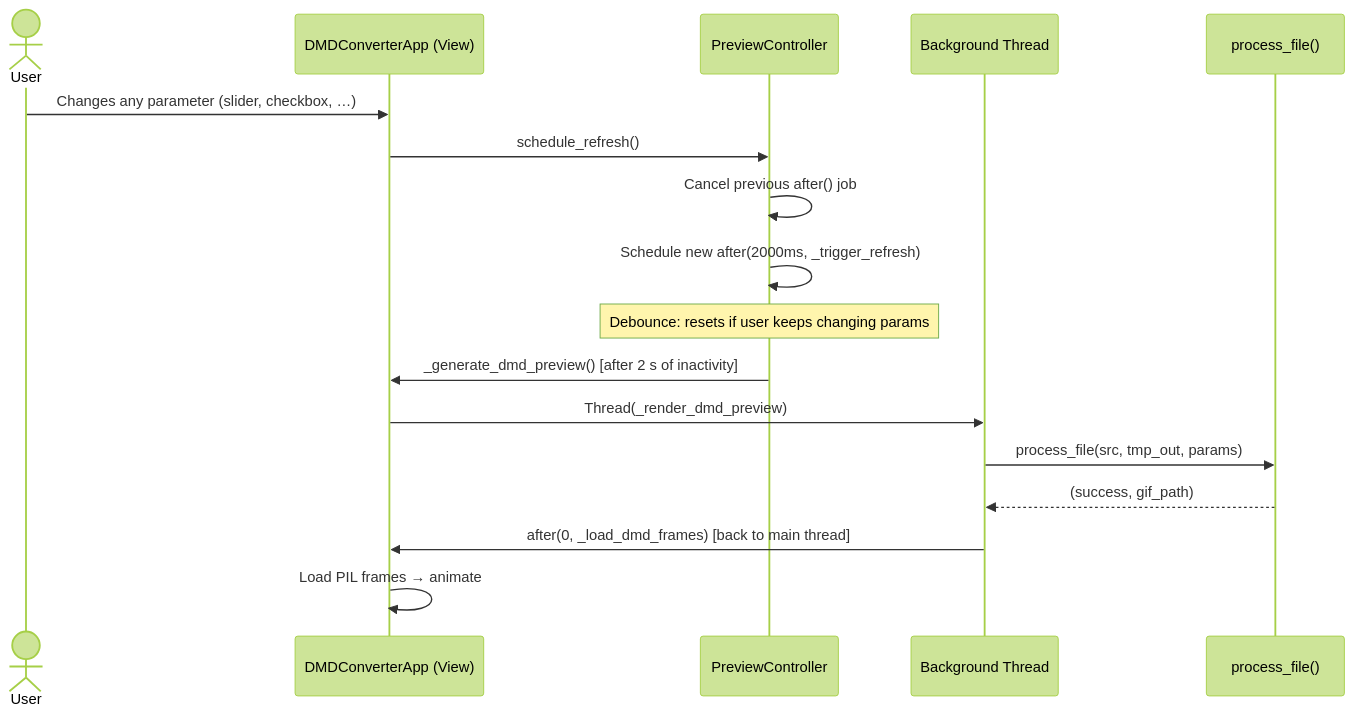
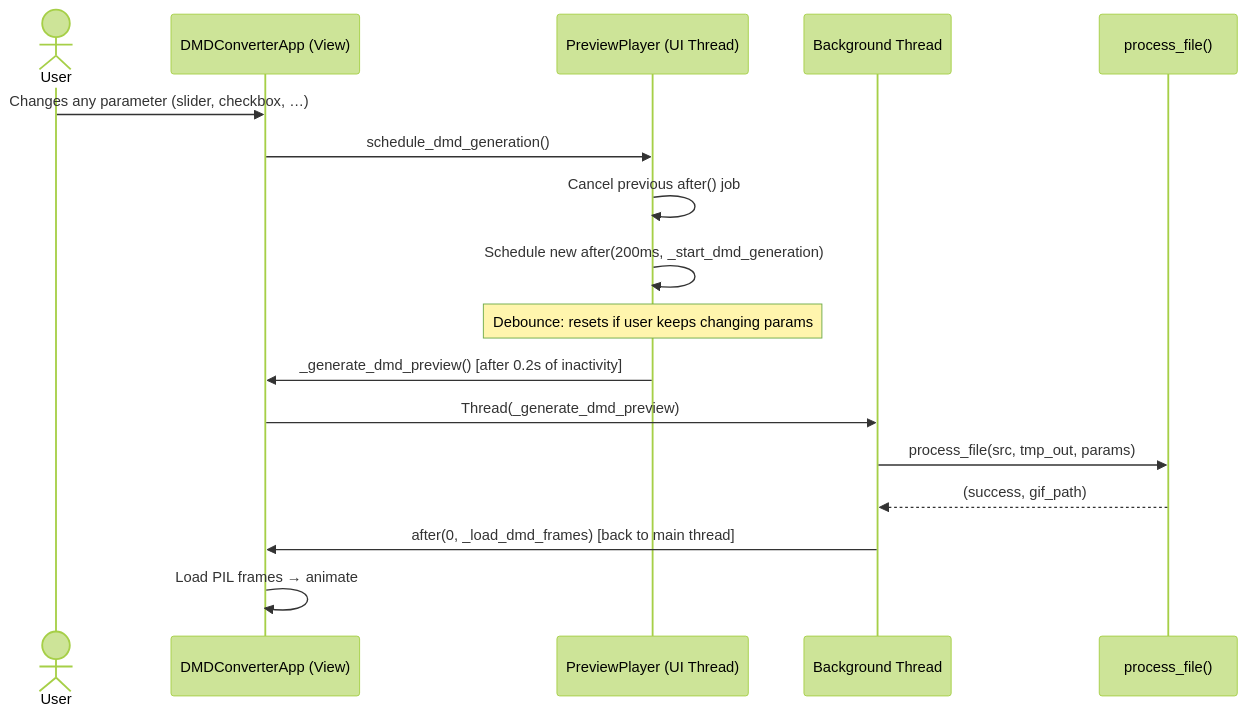
Before and after one commit to red77290/dmd_gif_converter: the eighth of 9 diagrams in docs/architecture.md, drawn with Mermaid (forest theme). The commit also changed other lines of this file and 28 other files, not shown here.

````diff
--- a/docs/architecture.md
+++ b/docs/architecture.md
@@ -705,22 +707,23 @@
 ```mermaid
 sequenceDiagram
     actor User
     participant UI as DMDConverterApp (View)
-    participant PC as PreviewController
+    participant UI as DMDConverterApp (View)
+    participant PP as PreviewPlayer (UI Thread)
     participant BG as Background Thread
     participant Core as process_file()
 
     User->>UI: Changes any parameter (slider, checkbox, …)
-    UI->>PC: schedule_refresh()
-    PC->>PC: Cancel previous after() job
-    PC->>PC: Schedule new after(2000ms, _trigger_refresh)
+    UI->>PP: schedule_dmd_generation()
+    PP->>PP: Cancel previous after() job
+    PP->>PP: Schedule new after(200ms, _start_dmd_generation)
 
-    Note over PC: Debounce: resets if user keeps changing params
+    Note over PP: Debounce: resets if user keeps changing params
 
-    PC->>UI: _generate_dmd_preview() [after 2 s of inactivity]
-    UI->>BG: Thread(_render_dmd_preview)
+    PP->>UI: _generate_dmd_preview() [after 0.2s of inactivity]
+    UI->>BG: Thread(_generate_dmd_preview)
     BG->>Core: process_file(src, tmp_out, params)
     Core-->>BG: (success, gif_path)
     BG->>UI: after(0, _load_dmd_frames) [back to main thread]
     UI->>UI: Load PIL frames → animate
 ```
````
